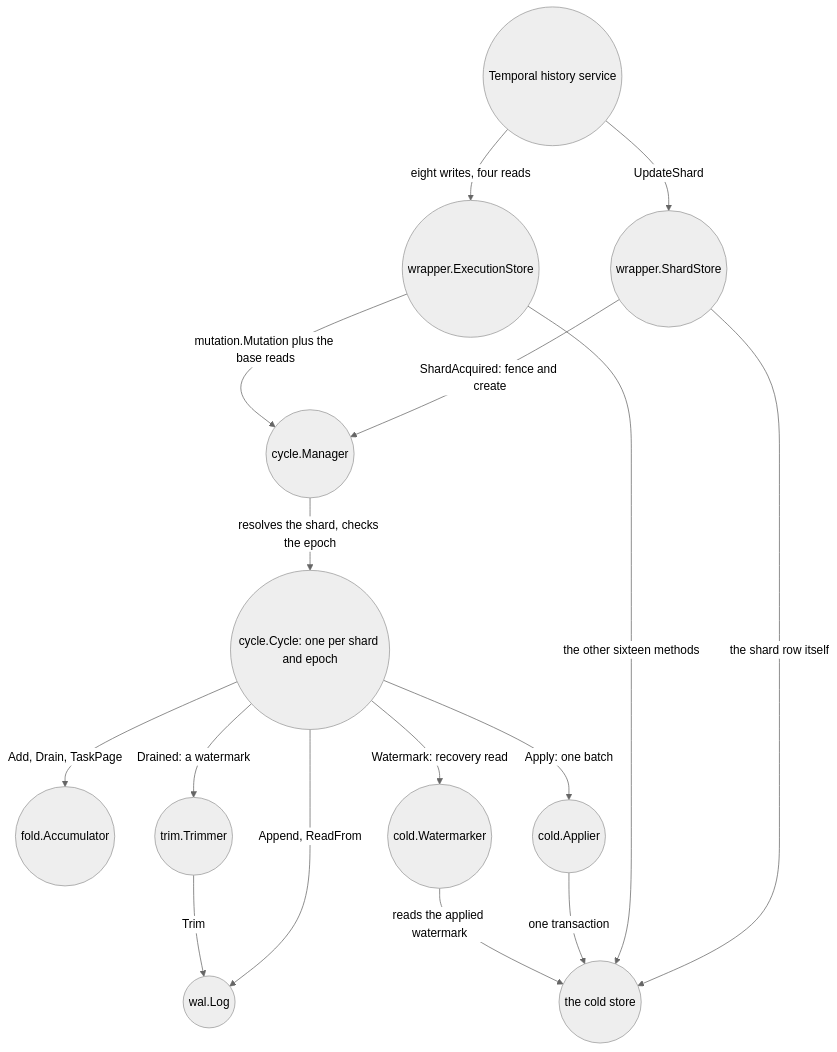
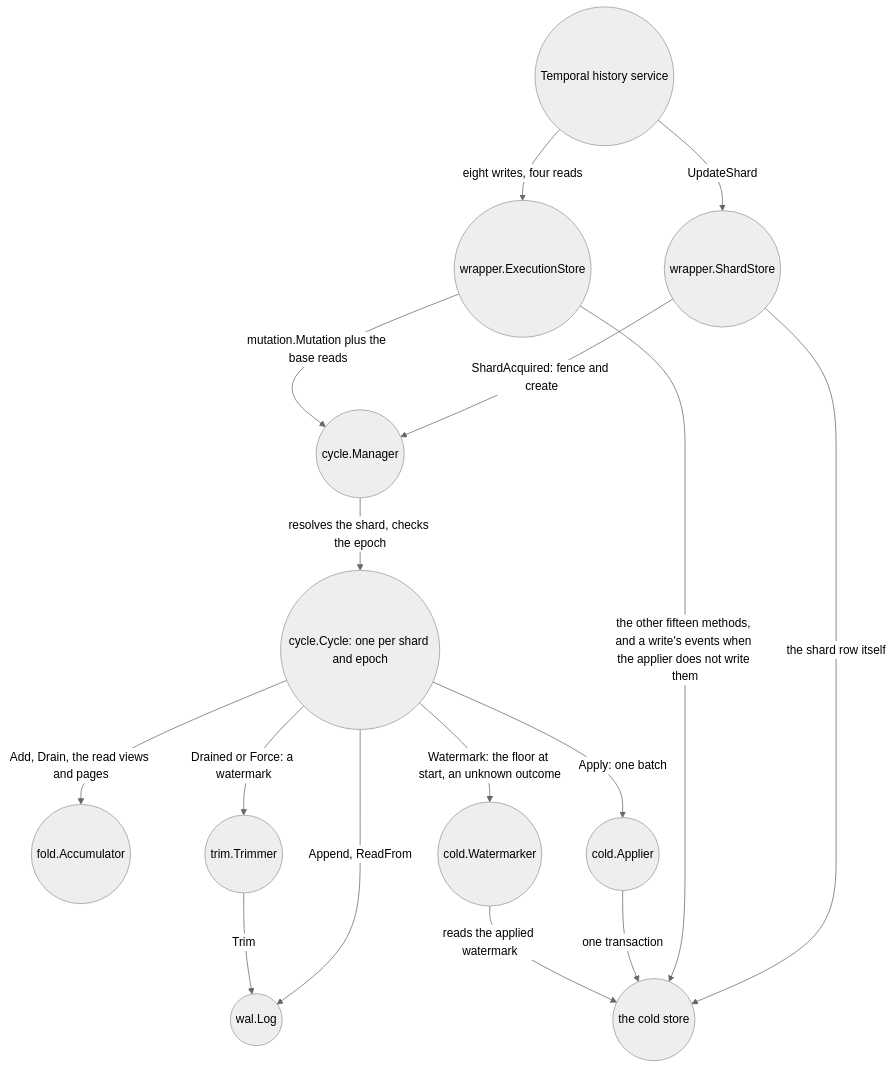
One commit to aromanovich/waltz changed the first of 4 diagrams in docs/handbook/03-components.md. Above: the diagram before and after it, drawn with Mermaid (neutral theme). The commit also changed other lines of this file and 187 other files, not shown here.

````diff
--- a/docs/handbook/03-components.md
+++ b/docs/handbook/03-components.md
@@ -106,30 +83,30 @@
 ```mermaid
 graph TD
   HS(("Temporal history service"))
   ES(("wrapper.ExecutionStore"))
   SS(("wrapper.ShardStore"))
   MGR(("cycle.Manager"))
   CY(("cycle.Cycle: one per shard and epoch"))
   ACC(("fold.Accumulator"))
   TR(("trim.Trimmer"))
   AP(("cold.Applier"))
   WM(("cold.Watermarker"))
   LOG(("wal.Log"))
   CS(("the cold store"))
 
   HS -->|"eight writes, four reads"| ES
   HS -->|"UpdateShard"| SS
   SS -->|"ShardAcquired: fence and create"| MGR
   SS -->|"the shard row itself"| CS
   ES -->|"mutation.Mutation plus the base reads"| MGR
-  ES -->|"the other sixteen methods"| CS
+  ES -->|"the other fifteen methods, and a write's events when the applier does not write them"| CS
   MGR -->|"resolves the shard, checks the epoch"| CY
   CY -->|"Append, ReadFrom"| LOG
-  CY -->|"Add, Drain, TaskPage"| ACC
+  CY -->|"Add, Drain, the read views and pages"| ACC
   CY -->|"Apply: one batch"| AP
-  CY -->|"Drained: a watermark"| TR
-  CY -->|"Watermark: recovery read"| WM
+  CY -->|"Drained or Force: a watermark"| TR
+  CY -->|"Watermark: the floor at start, an unknown outcome"| WM
   TR -->|"Trim"| LOG
   AP -->|"one transaction"| CS
   WM -->|"reads the applied watermark"| CS
 ```
````
